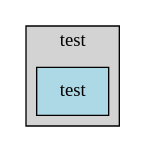
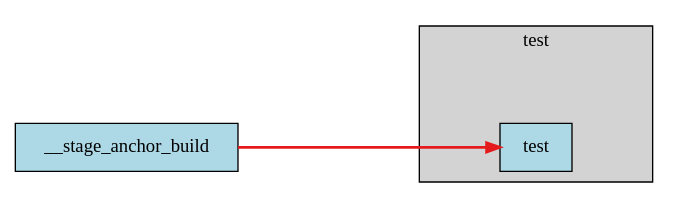
The diagram in test_ci_projects/proj1.output_reference/dag.dot (eisbaw/gitlab_local_ci), drawn with Graphviz before and after one commit. The commit also changed 174 other files, not shown here.

```diff
--- a/test_ci_projects/proj1.output_reference/dag.dot
+++ b/test_ci_projects/proj1.output_reference/dag.dot
@@ -1,14 +1,18 @@
 digraph pipeline {
   rankdir="LR";
   ranksep=2;
+  compound=true;
   node [shape=box, style=filled, fillcolor=lightblue];
 
   subgraph cluster_test {
     label="test";
     style=filled;
     fillcolor=lightgrey;
 
+    __stage_anchor_test [style=invis, width=0, height=0];
+
     test [label="test", tooltip="---\nscript:\n- echo \"Hello World\"\n"];
   }
 
+  __stage_anchor_build -> test [ltail=cluster_build, style=bold, color="#E41A1C"];
 }
```
